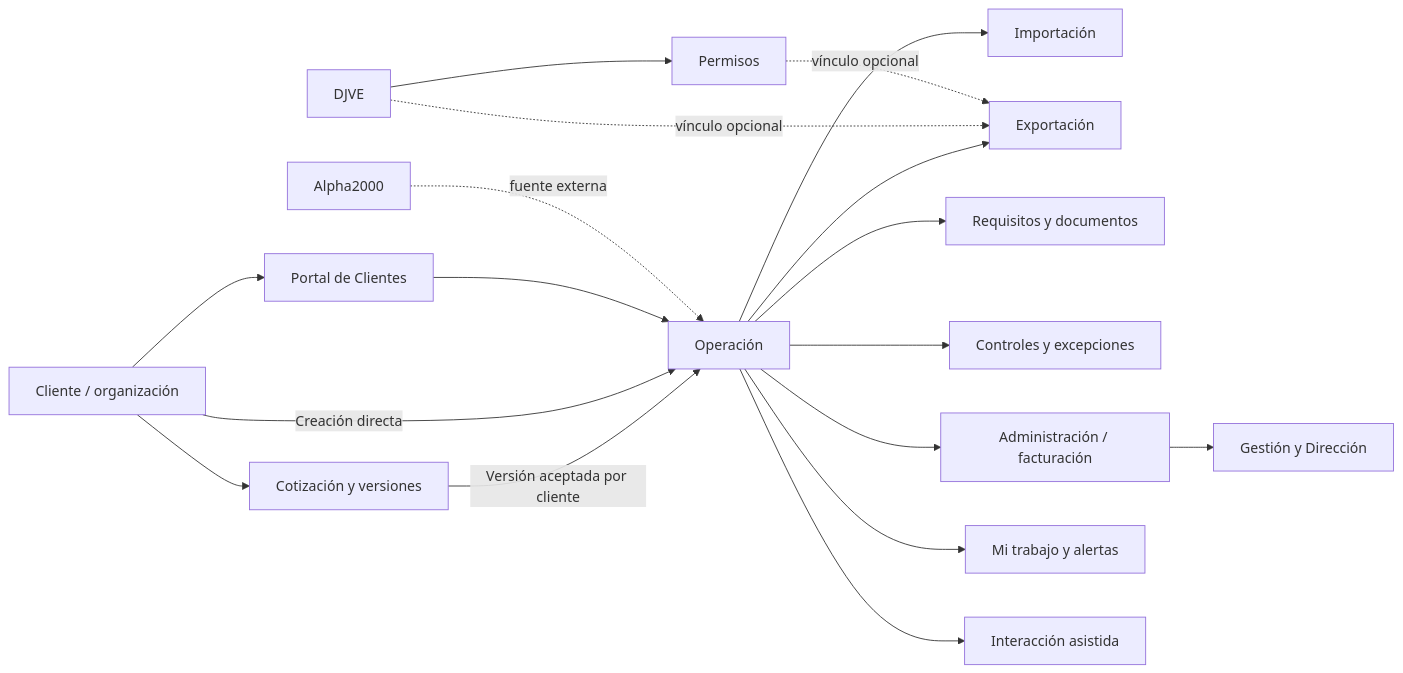
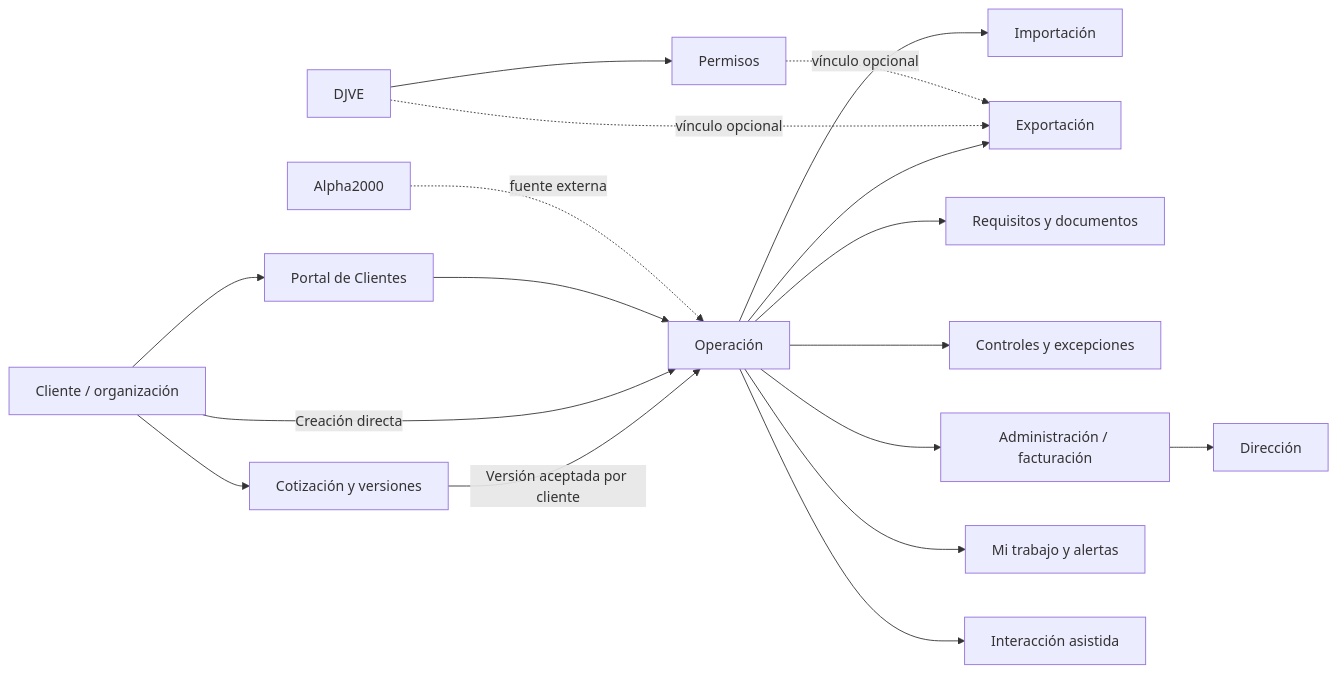
One commit to Broco-Solutions/abt-comex changed the diagram in docs/frontend/MAPA_PANTALLAS_Y_RECORRIDOS.md. Above: the diagram before and after it, drawn with Mermaid. The commit also changed other lines of this file and 27 other files, not shown here.

````diff
--- a/docs/frontend/MAPA_PANTALLAS_Y_RECORRIDOS.md
+++ b/docs/frontend/MAPA_PANTALLAS_Y_RECORRIDOS.md
@@ -97,20 +97,20 @@
 ```mermaid
 flowchart LR
   C[Cliente / organización] --> Q[Cotización y versiones]
   Q -->|Versión aceptada por cliente| O[Operación]
   C -->|Creación directa| O
   O --> I[Importación]
   O --> X[Exportación]
   D[DJVE] --> P[Permisos]
   D -. vínculo opcional .-> X
   P -. vínculo opcional .-> X
   O --> R[Requisitos y documentos]
   O --> K[Controles y excepciones]
   O --> A[Administración / facturación]
-  A --> M[Gestión y Dirección]
+  A --> M[Dirección]
   O --> W[Mi trabajo y alertas]
   C --> Portal[Portal de Clientes]
   Portal --> O
   O --> Assisted[Interacción asistida]
   Alpha[Alpha2000] -. fuente externa .-> O
 ```
````
